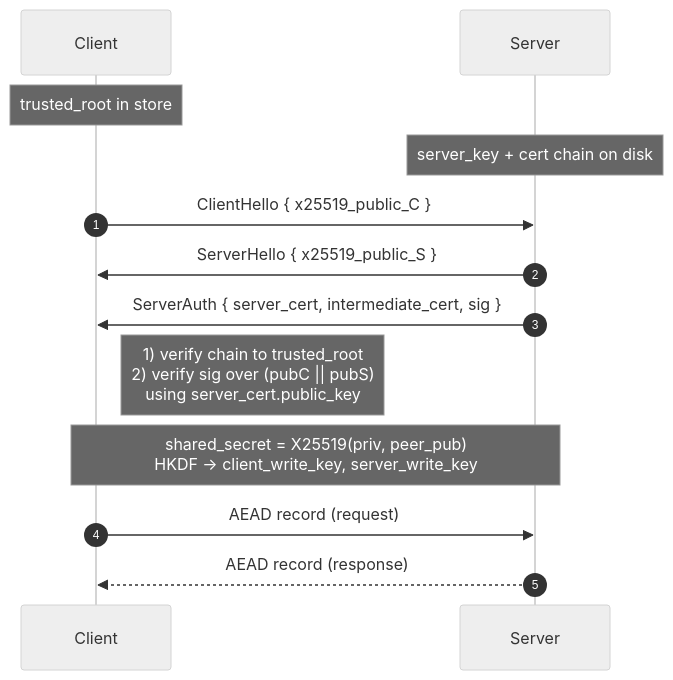
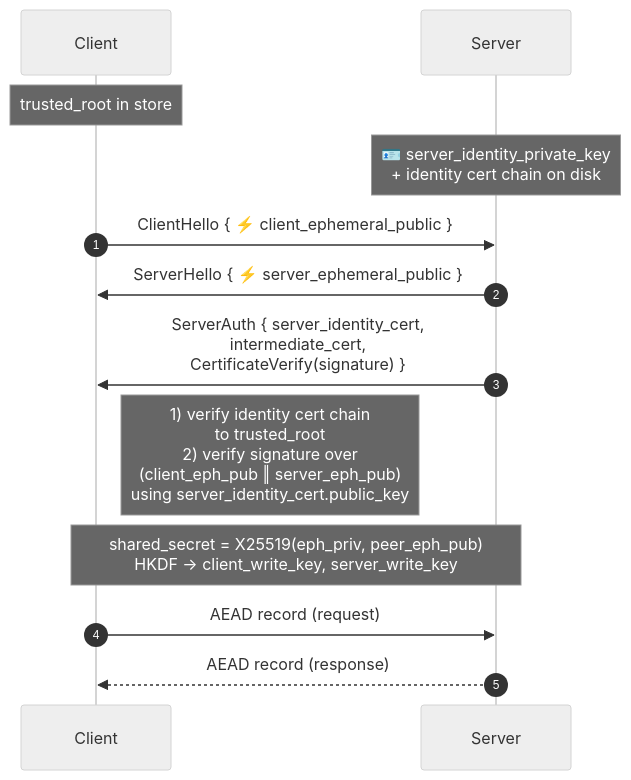
Diagram 17 of 19 in part_4/walkthrough/walkthrough.qmd (DmytroHuzz/rebuilding_tls), drawn with Mermaid (neutral theme) before and after one commit. The commit also changed other lines of this file and 10 other files, not shown here.

````diff
--- a/part_4/walkthrough/walkthrough.qmd
+++ b/part_4/walkthrough/walkthrough.qmd
@@ -343,19 +545,19 @@
 ```{mermaid}
 sequenceDiagram
     autonumber
     participant C as Client
     participant S as Server
 
     Note over C: trusted_root in store
-    Note over S: server_key + cert chain on disk
+    Note over S: 🪪 server_identity_private_key<br/>+ identity cert chain on disk
 
-    C->>S: ClientHello { x25519_public_C }
-    S->>C: ServerHello { x25519_public_S }
-    S->>C: ServerAuth { server_cert, intermediate_cert, sig }
+    C->>S: ClientHello { ⚡ client_ephemeral_public }
+    S->>C: ServerHello { ⚡ server_ephemeral_public }
+    S->>C: ServerAuth { server_identity_cert,<br/>intermediate_cert,<br/>CertificateVerify(signature) }
 
-    Note right of C: 1) verify chain to trusted_root<br/>2) verify sig over (pubC || pubS)<br/>   using server_cert.public_key
-    Note over C,S: shared_secret = X25519(priv, peer_pub)<br/>HKDF → client_write_key, server_write_key
+    Note right of C: 1) verify identity cert chain<br/>   to trusted_root<br/>2) verify signature over<br/>   (client_eph_pub ‖ server_eph_pub)<br/>   using server_identity_cert.public_key
+    Note over C,S: shared_secret = X25519(eph_priv, peer_eph_pub)<br/>HKDF → client_write_key, server_write_key
 
     C->>S: AEAD record (request)
     S-->>C: AEAD record (response)
 ```
````
